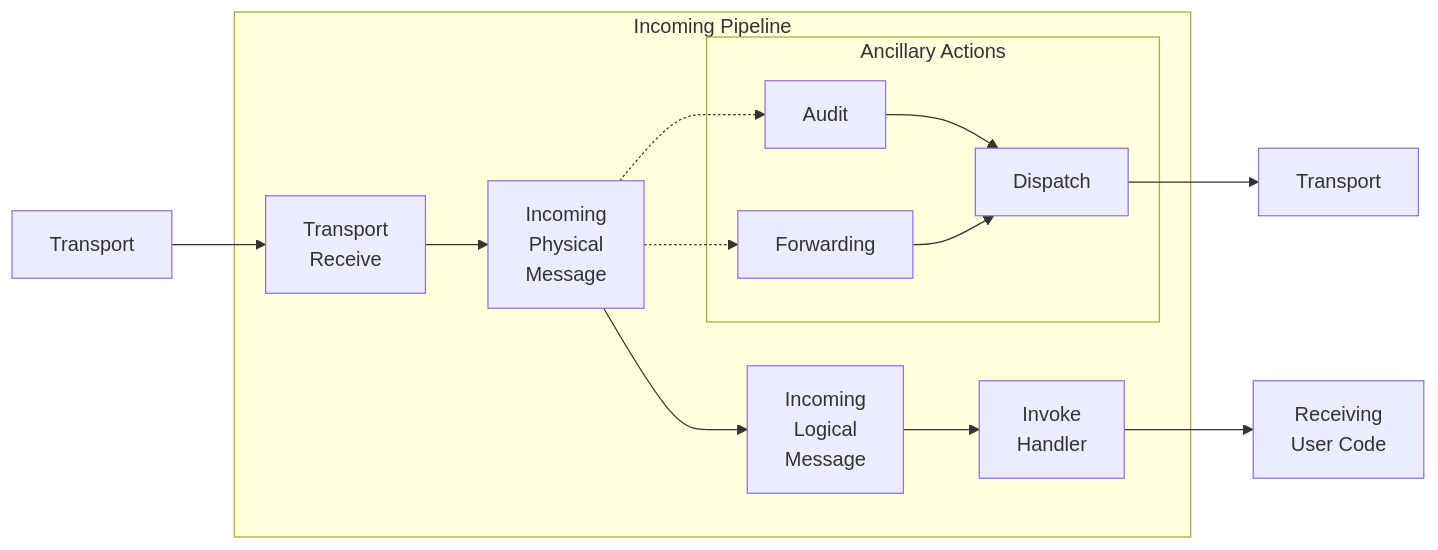
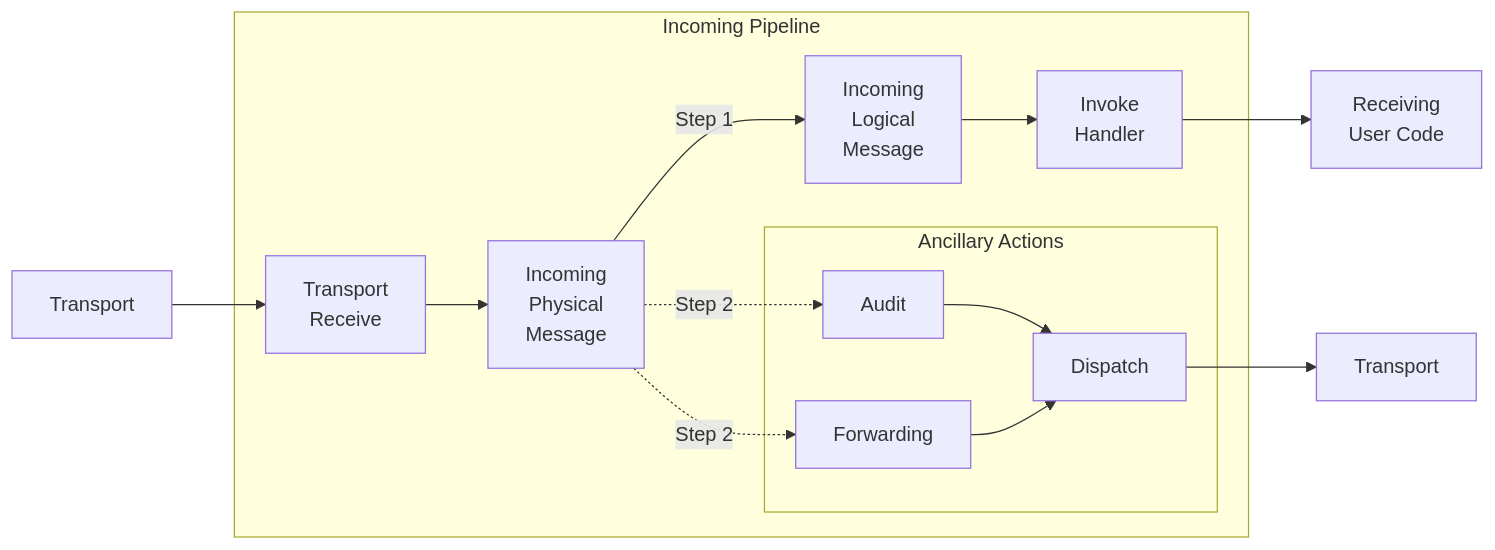
One commit to Particular/docs.particular.net changed the first of 5 diagrams in nservicebus/pipeline/steps-stages-connectors_extra_core_[6.0,).partial.md. Above: the diagram before and after it, drawn with Mermaid.

Commit message:
Clarify order of pipeline execution

````diff
--- a/nservicebus/pipeline/steps-stages-connectors_extra_core_[6.0,).partial.md
+++ b/nservicebus/pipeline/steps-stages-connectors_extra_core_[6.0,).partial.md
@@ -24,42 +24,44 @@
 ```mermaid
 graph LR
 
 Transport[Transport]
 
 subgraph Incoming Pipeline
 TR[Transport<br>Receive]
 IH[Invoke<br>Handler]
 ILM[Incoming<br>Logical<br>Message]
 IPM[Incoming<br>Physical<br>Message]
 
 subgraph Ancillary Actions
 Forwarding[Forwarding]
 Audit[Audit]
 Dispatch
 end
+
 end
 
 AncillaryTransport[Transport]
 
 
 RUC[Receiving<br>User Code]
 
 
 Transport --> TR
-IPM -.-> Forwarding
-IPM -.-> Audit
+IPM -- Step 1 --> ILM
+IPM -. Step 2 .-> Forwarding
+IPM -. Step 2 .-> Audit
 ILM --> IH
-IPM --> ILM
+
 TR --> IPM
 IH --> RUC
 
 Dispatch --> AncillaryTransport
 Audit--> Dispatch
 Forwarding --> Dispatch
 
 
 click IH "/nservicebus/handlers-and-sagas"
 click Transport "/nservicebus/transports/"
 click Audit "/nservicebus/operations/auditing"
 click Forwarding "/nservicebus/messaging/forwarding"
 ```
````
